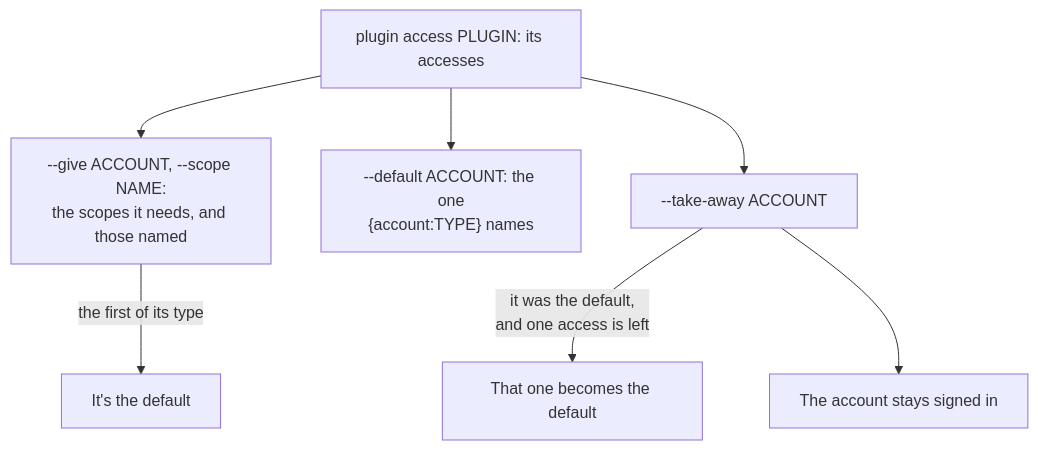
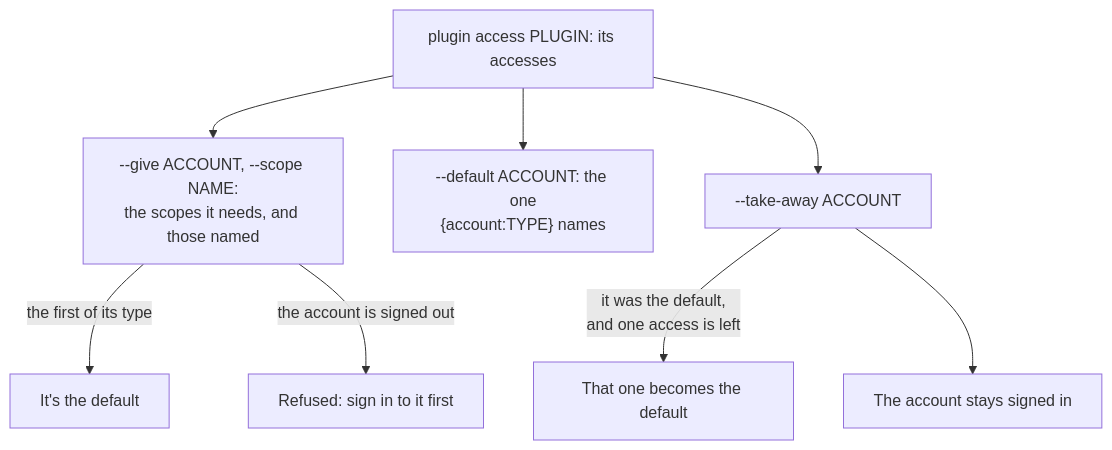
One commit to cutenode/localnetwork changed diagram 11 of 12 in apps/locallibrary/docs/diagrams/accounts.md. Above: the diagram before and after it, drawn with Mermaid. The commit also changed other lines of this file and 39 other files, not shown here.

First line of the commit message:
feat(locallibrary): remove plugins' access on sign-out, and restore it on sign-in

````diff
--- a/apps/locallibrary/docs/diagrams/accounts.md
+++ b/apps/locallibrary/docs/diagrams/accounts.md
@@ -227,9 +248,10 @@
 ```mermaid
 flowchart TD
     list["plugin access PLUGIN: its accesses"] --> give["--give ACCOUNT, --scope NAME:<br/>the scopes it needs, and those named"]
     list --> default["--default ACCOUNT: the one<br/>{account:TYPE} names"]
     list --> away["--take-away ACCOUNT"]
     give -->|"the first of its type"| isdefault["It's the default"]
+    give -->|"the account is signed out"| first["Refused: sign in to it first"]
     away -->|"it was the default,<br/>and one access is left"| left["That one becomes the default"]
     away --> gone["The account stays signed in"]
 ```
````
